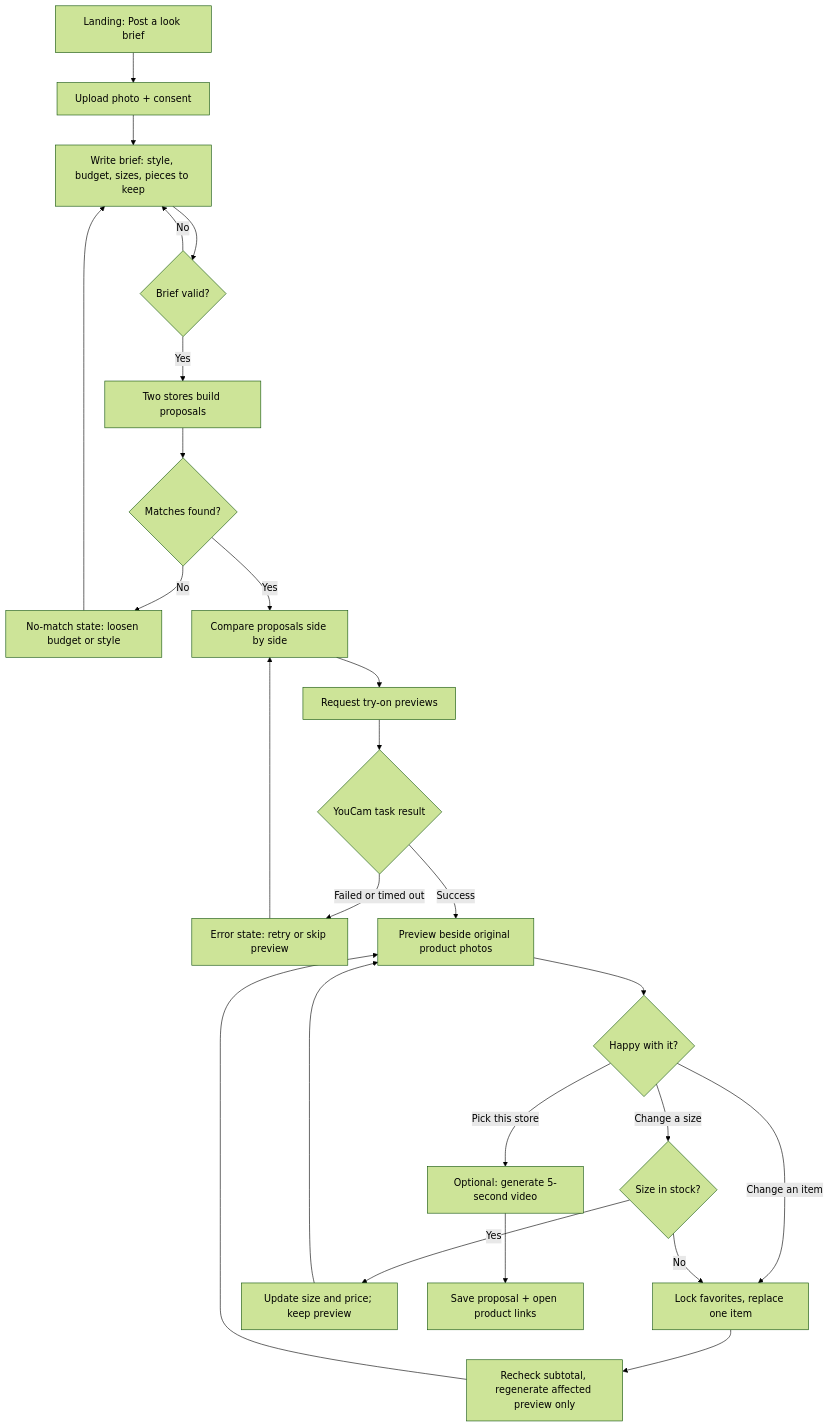
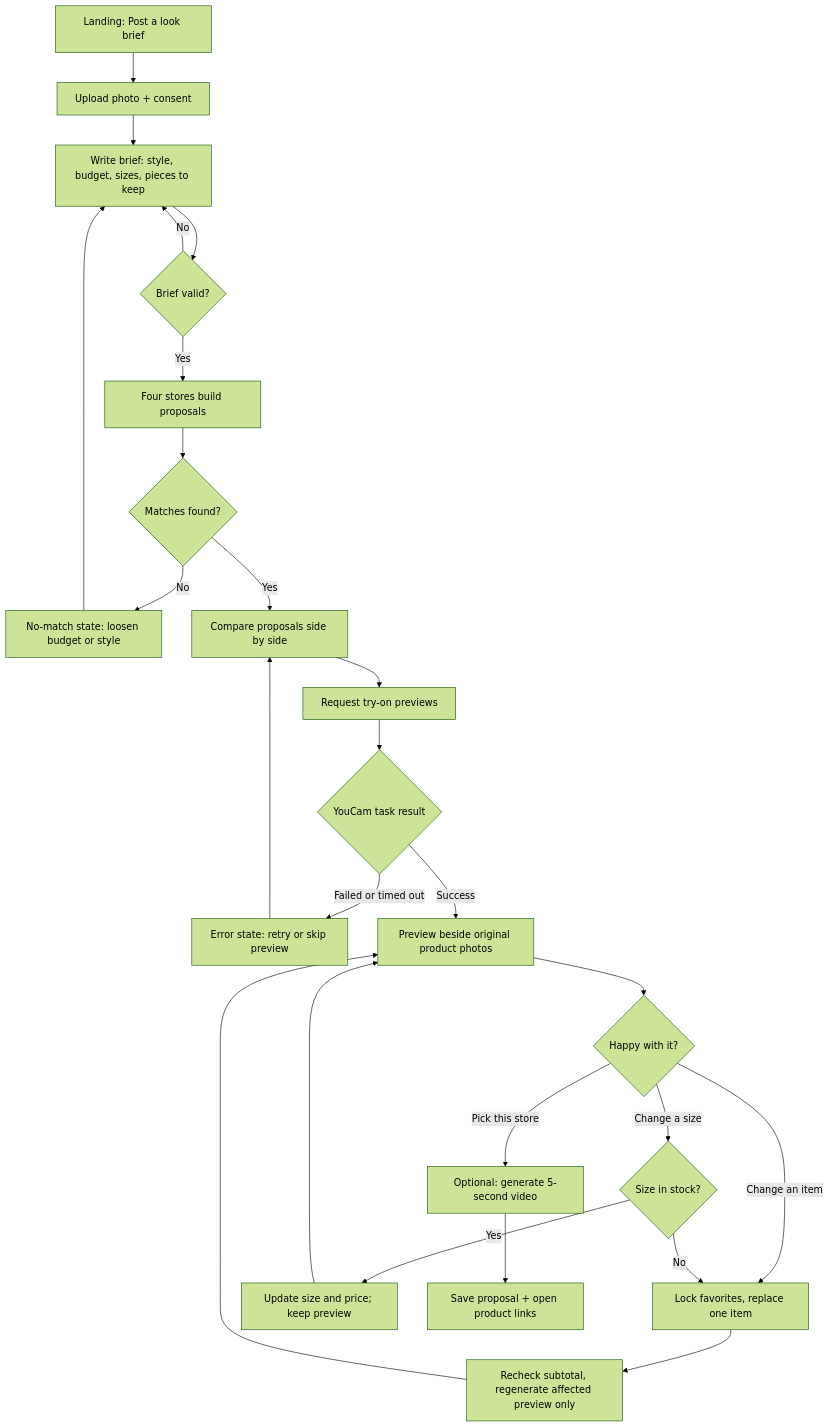
The first of 2 diagrams in docs/look-exchange-user-flow.md (Shawn-Bi/youcam-2), drawn with Mermaid (forest theme) before and after one commit. The commit also changed other lines of this file and 4 other files, not shown here.

Commit message:
docs: four stores in the PRDs, user flow and README, with a unit estimate

````diff
--- a/docs/look-exchange-user-flow.md
+++ b/docs/look-exchange-user-flow.md
@@ -17,27 +17,27 @@
 ```mermaid
 flowchart TD
     A[Landing: Post a look brief] --> B[Upload photo + consent]
     B --> C[Write brief: style, budget, sizes, pieces to keep]
     C --> D{Brief valid?}
     D -- No --> C
-    D -- Yes --> E[Two stores build proposals]
+    D -- Yes --> E[Four stores build proposals]
     E --> F{Matches found?}
     F -- No --> G[No-match state: loosen budget or style]
     G --> C
     F -- Yes --> H[Compare proposals side by side]
     H --> I[Request try-on previews]
     I --> J{YouCam task result}
     J -- Failed or timed out --> K[Error state: retry or skip preview]
     K --> H
     J -- Success --> L[Preview beside original product photos]
     L --> M{Happy with it?}
     M -- Change an item --> N[Lock favorites, replace one item]
     N --> O[Recheck subtotal, regenerate affected preview only]
     O --> L
     M -- Change a size --> S{Size in stock?}
     S -- Yes --> T[Update size and price; keep preview]
     T --> L
     S -- No --> N
     M -- Pick this store --> V[Optional: generate 5-second video]
     V --> P[Save proposal + open product links]
 ```
````
